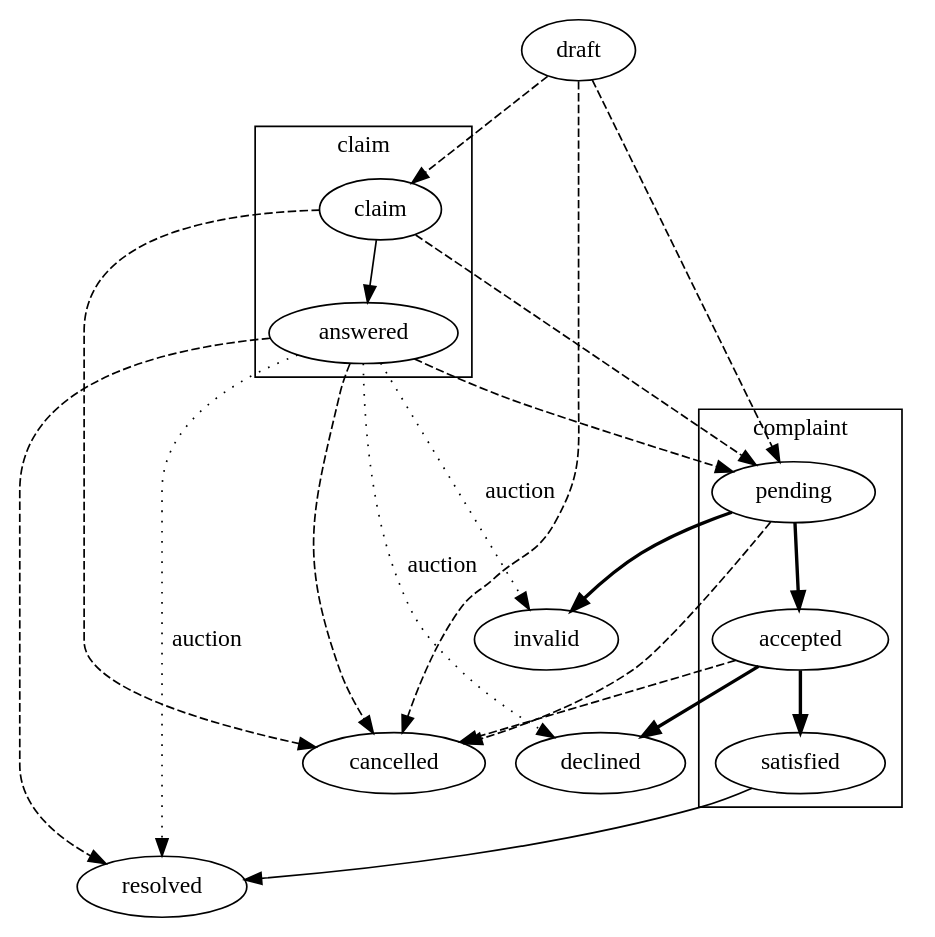
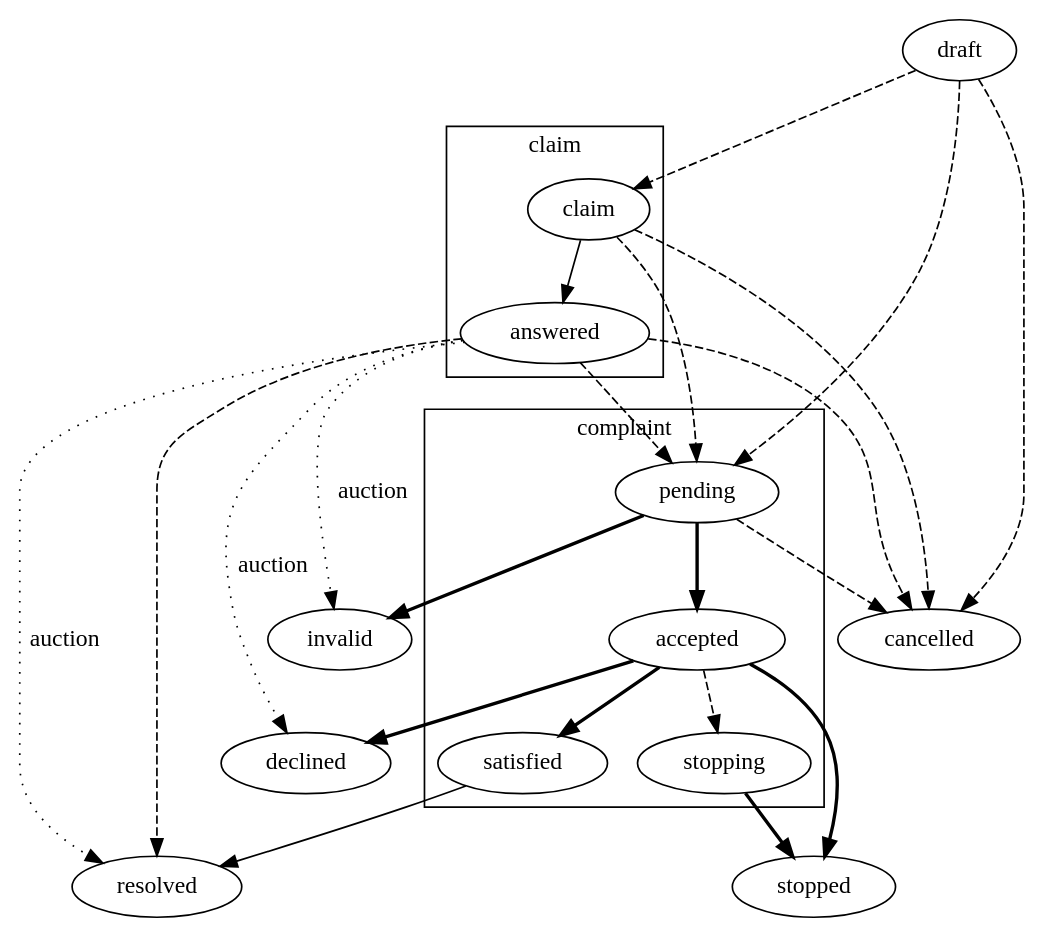
The first of 2 diagrams in docs/source/complaints.rst (ProzorroUKR/openprocurement.api), drawn with Graphviz before and after one commit. The commit also changed 2 other files, not shown here.

Commit message:
Added stopping and stopped for tender complaints

```diff
--- a/docs/source/complaints.rst
+++ b/docs/source/complaints.rst
@@ -18,24 +18,26 @@
 .. graphviz::
 
     digraph G {
         subgraph cluster_claim {
             label = "claim";
             claim; answered;
         }
         subgraph cluster_complaint {
             label = "complaint";
-            pending; satisfied; accepted;
+            pending; satisfied; accepted; stopping;
         }
         claim -> answered;
         satisfied -> resolved;
         edge[style=dashed];
         answered -> {pending,resolved};
         draft -> {claim,pending};
         claim -> pending;
-        {accepted,draft,claim,answered,pending} -> cancelled; 
+        {draft,claim,answered,pending} -> cancelled;
+        accepted -> stopping;
         edge[style=bold];
         pending -> {accepted,invalid};
-        accepted -> {declined,satisfied};
+        accepted -> {declined,satisfied,stopped};
+        stopping -> stopped;
         edge[label="auction" style=dotted];
         answered -> {declined,resolved,invalid};
     }
```
